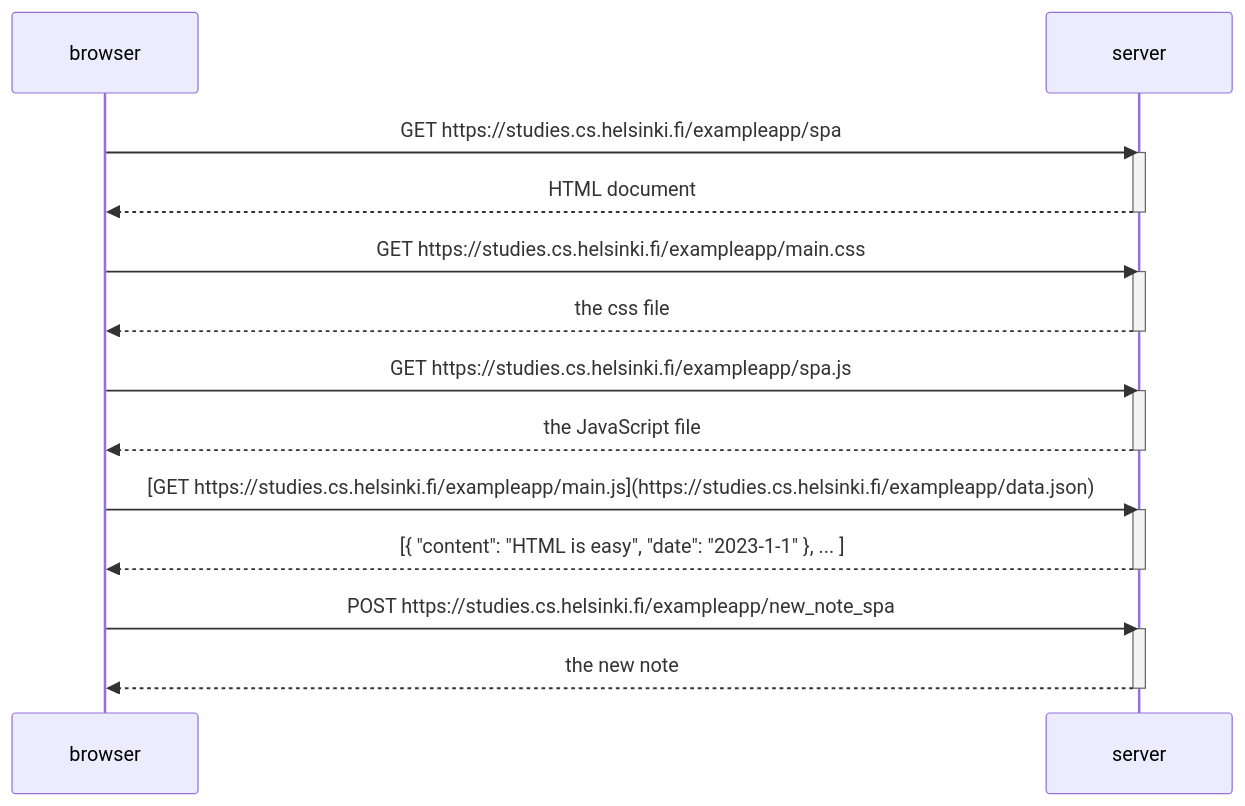
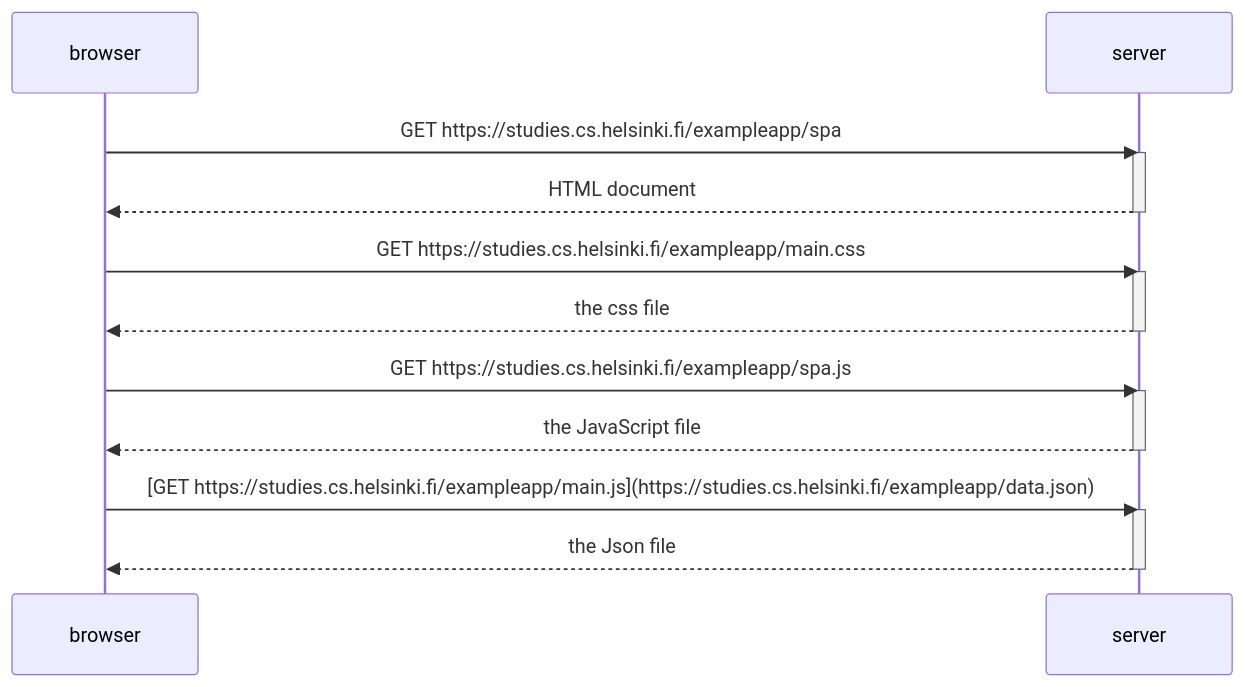
One commit to dvillaal/Full-Stack-Open changed the diagram in parte0/ejercicio0-5.md. Above: the diagram before and after it, drawn with Mermaid.

Commit message:
correccion ejercicio0-5.md

````diff
--- a/parte0/ejercicio0-5.md
+++ b/parte0/ejercicio0-5.md
@@ -1,31 +1,26 @@
 ```mermaid
 sequenceDiagram
     participant browser
     participant server
 
     browser->>server: GET https://studies.cs.helsinki.fi/exampleapp/spa
     activate server
     server-->>browser: HTML document
     deactivate server
 
     browser->>server: GET https://studies.cs.helsinki.fi/exampleapp/main.css
     activate server
     server-->>browser: the css file
     deactivate server
 
     browser->>server: GET https://studies.cs.helsinki.fi/exampleapp/spa.js
     activate server
     server-->>browser: the JavaScript file
     deactivate server
 
     browser->>server: [GET https://studies.cs.helsinki.fi/exampleapp/main.js](https://studies.cs.helsinki.fi/exampleapp/data.json)
     activate server
-    server-->>browser: [{ "content": "HTML is easy", "date": "2023-1-1" }, ... ]
-    deactivate server
-
-    browser->>server: POST https://studies.cs.helsinki.fi/exampleapp/new_note_spa
-    activate server
-    server-->>browser: the new note
+    server-->>browser: the Json file
     deactivate server
 
 ```
````
